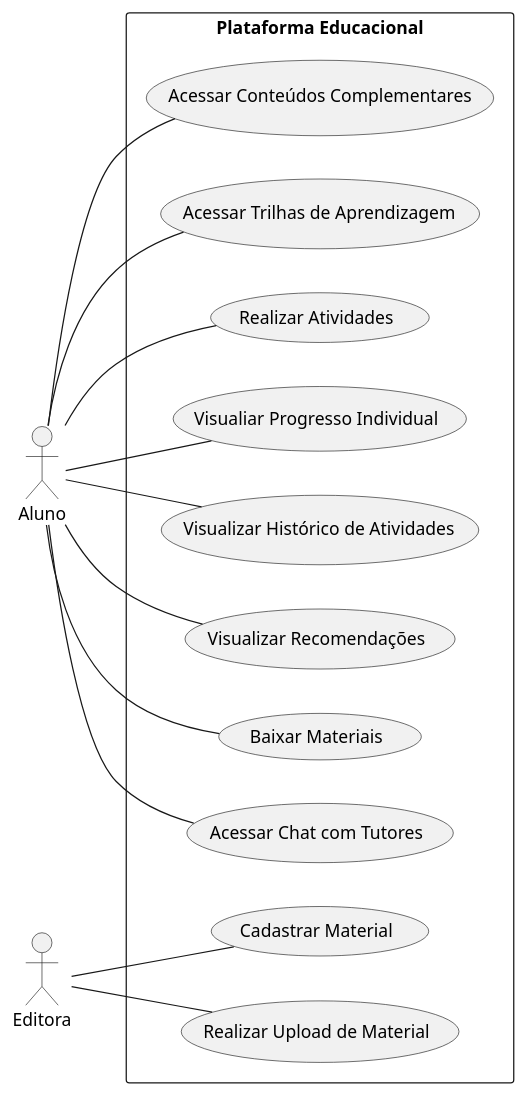
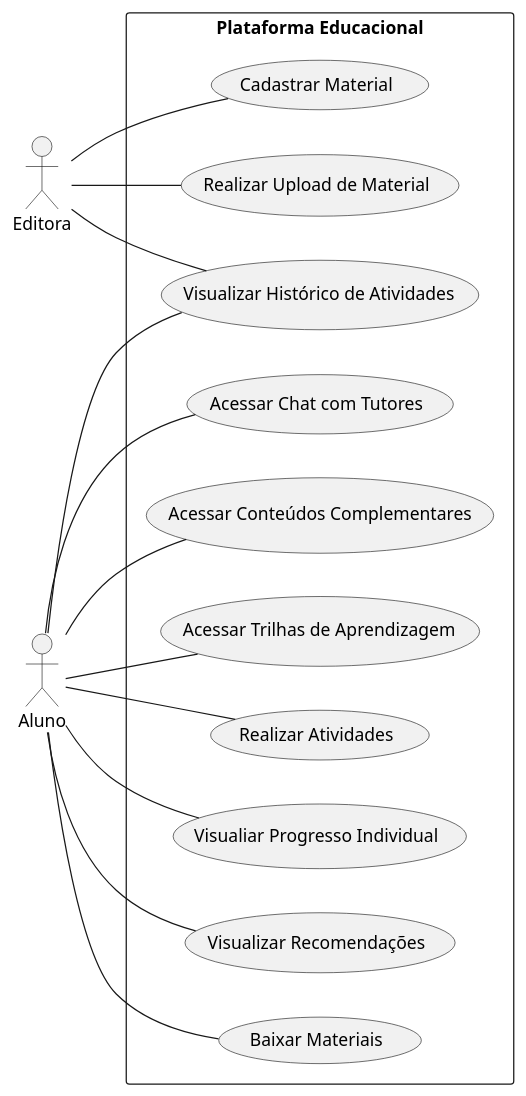
One commit to FerdinandChagas/uml_examples changed the diagram in plataforma_educacional/diagrama_caso_uso01.iuml. Above: the diagram before and after it, drawn with PlantUML. The commit also changed 4 other files, not shown here.

```diff
--- a/plataforma_educacional/diagrama_caso_uso01.iuml
+++ b/plataforma_educacional/diagrama_caso_uso01.iuml
@@ -1,31 +1,32 @@
 @startuml
 left to right direction
 
 :Aluno: as aluno
 :Editora: as editora
 
 rectangle "Plataforma Educacional"{
     (Acessar Conteúdos Complementares) as acessar_conteudos
     (Acessar Trilhas de Aprendizagem) as acessar_trilhas
     (Realizar Atividades) as realizar_atividades
     (Visualiar Progresso Individual) as visualizar_progresso
     (Visualizar Histórico de Atividades) as visualizar_historico
     (Visualizar Recomendações) as visualizar_recomendacoes
     (Baixar Materiais) as baixar_materiais
     (Acessar Chat com Tutores) as acessar_chat
     (Cadastrar Material) as cadastrar_material
     (Realizar Upload de Material) as realizar_upload_material
 }
 
 aluno -- acessar_conteudos
 aluno -- acessar_trilhas
 aluno -- realizar_atividades
 aluno -- visualizar_progresso
 aluno -- visualizar_historico
+visualizar_historico -right- editora
 aluno -- visualizar_recomendacoes
 aluno -- baixar_materiais
 aluno -- acessar_chat
 editora -- cadastrar_material
 editora -- realizar_upload_material
 
 @enduml
```
